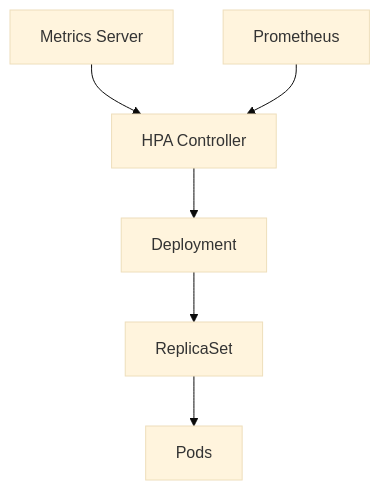
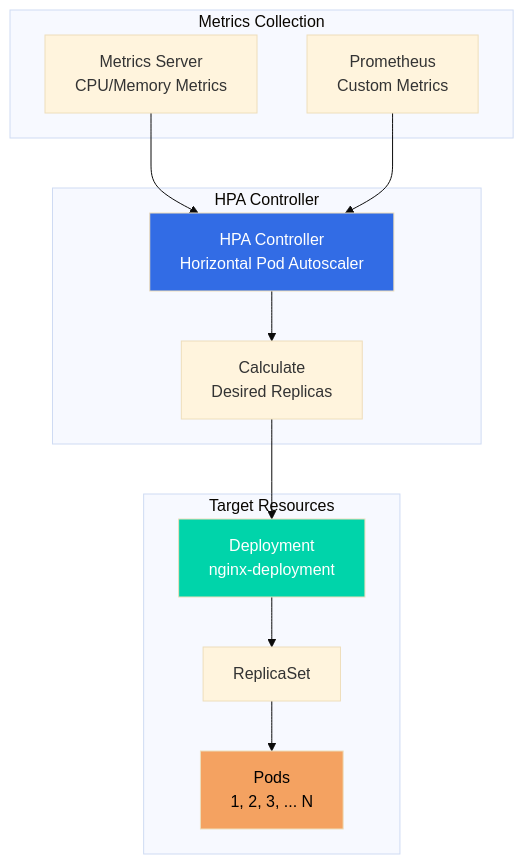
Before and after one commit to jayeshjd555/Kubernetes: diagram 28 of 33 in README.md, drawn with Mermaid (base theme). The commit also changed other lines of this file, not shown here.

````diff
--- a/README.md
+++ b/README.md
@@ -10735,8 +10735,29 @@
 ```mermaid
 graph TB
-    MS[Metrics Server] --> HPA[HPA Controller]
-    PM[Prometheus] --> HPA
-    HPA --> DEP[Deployment]
-    DEP --> RS[ReplicaSet]
-    RS --> PODS[Pods]
+    subgraph "Metrics Collection"
+        MS[Metrics Server<br/>CPU/Memory Metrics]
+        PM[Prometheus<br/>Custom Metrics]
+    end
+    
+    subgraph "HPA Controller"
+        HPA[HPA Controller<br/>Horizontal Pod Autoscaler]
+        Calc[Calculate<br/>Desired Replicas]
+    end
+    
+    subgraph "Target Resources"
+        DEP[Deployment<br/>nginx-deployment]
+        RS[ReplicaSet]
+        PODS[Pods<br/>1, 2, 3, ... N]
+    end
+    
+    MS --> HPA
+    PM --> HPA
+    HPA --> Calc
+    Calc --> DEP
+    DEP --> RS
+    RS --> PODS
+    
+    style HPA fill:#326ce5,color:#fff
+    style DEP fill:#00d4aa,color:#fff
+    style PODS fill:#f4a261,color:#000
 ```
````
